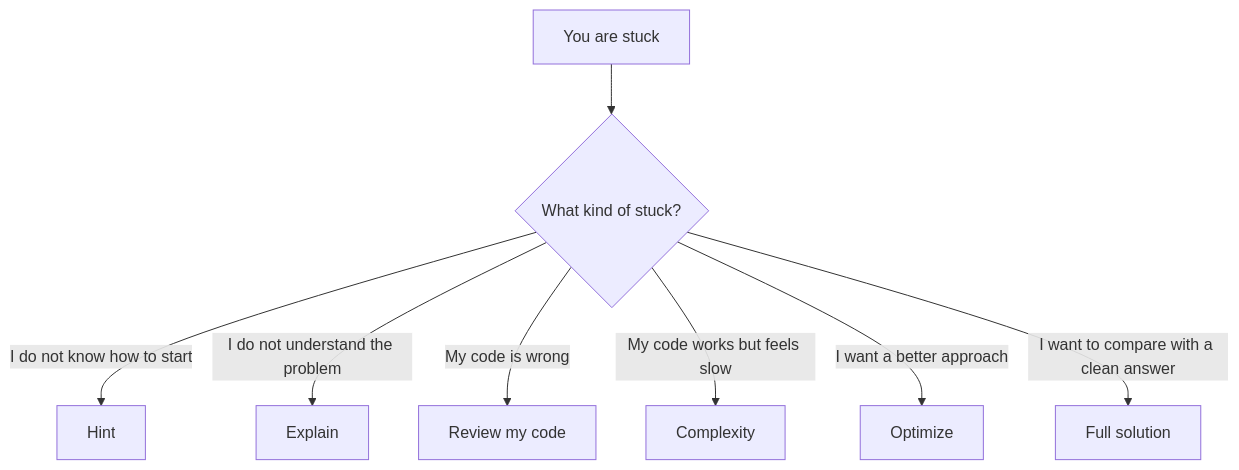
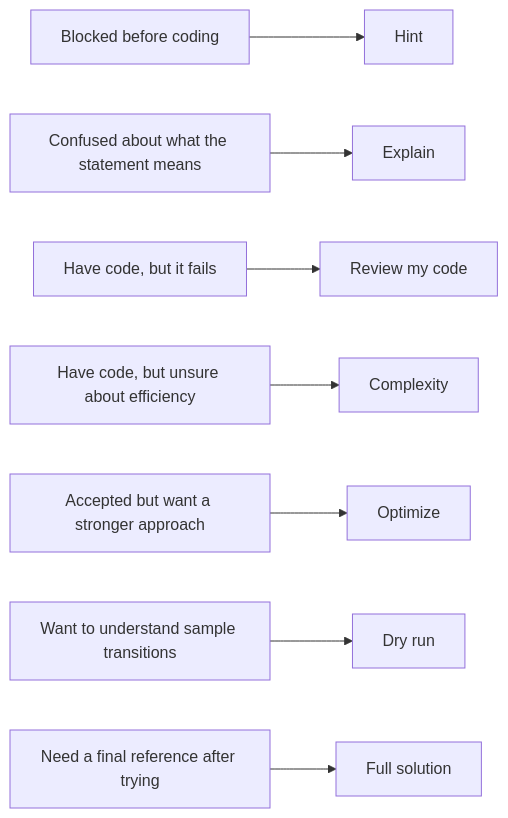
The third of 9 diagrams in README.md (Harshpreet1729/LeetMentor), drawn with Mermaid before and after one commit. The commit also changed other lines of this file, not shown here.

Commit message:
Rewrite README diagrams and theory

````diff
--- a/README.md
+++ b/README.md
@@ -61,10 +117,10 @@
 ```mermaid
-flowchart TD
-    A[You are stuck] --> B{What kind of stuck?}
-    B -->|I do not know how to start| C[Hint]
-    B -->|I do not understand the problem| D[Explain]
-    B -->|My code is wrong| E[Review my code]
-    B -->|My code works but feels slow| F[Complexity]
-    B -->|I want a better approach| G[Optimize]
-    B -->|I want to compare with a clean answer| H[Full solution]
+flowchart LR
+    A["Blocked before coding"] --> B["Hint"]
+    C["Confused about what the statement means"] --> D["Explain"]
+    E["Have code, but it fails"] --> F["Review my code"]
+    G["Have code, but unsure about efficiency"] --> H["Complexity"]
+    I["Accepted but want a stronger approach"] --> J["Optimize"]
+    K["Want to understand sample transitions"] --> L["Dry run"]
+    M["Need a final reference after trying"] --> N["Full solution"]
 ```
````
